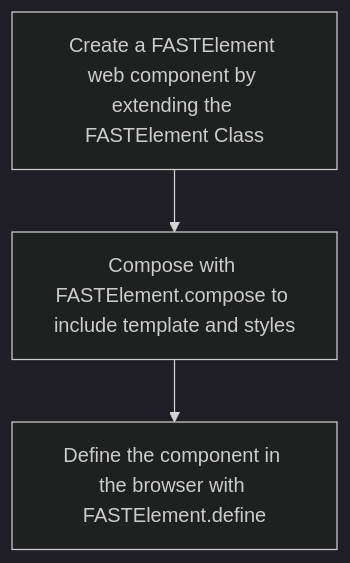
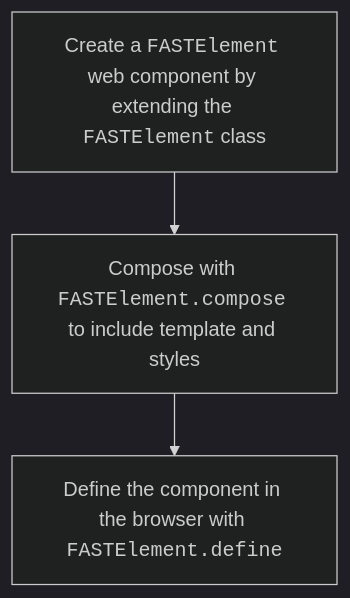
The first of 6 diagrams in packages/web-components/fast-element/ARCHITECTURE.md (microsoft/fast), drawn with Mermaid (dark theme) before and after one commit. The commit also changed other lines of this file, not shown here.

````diff
--- a/packages/web-components/fast-element/ARCHITECTURE.md
+++ b/packages/web-components/fast-element/ARCHITECTURE.md
@@ -17,5 +17,5 @@
 ```mermaid
 flowchart TD
-    A[Create a FASTElement web component by extending the FASTElement Class] --> F
-    F[Compose with FASTElement.compose to include template and styles] --> G[Define the component in the browser with FASTElement.define]
+    A[Create a <code>FASTElement</code> web component by extending the <code>FASTElement</code> class] --> F
+    F[Compose with <code>FASTElement.compose</code> to include template and styles] --> G[Define the component in the browser with <code>FASTElement.define</code>]
 ```
````
